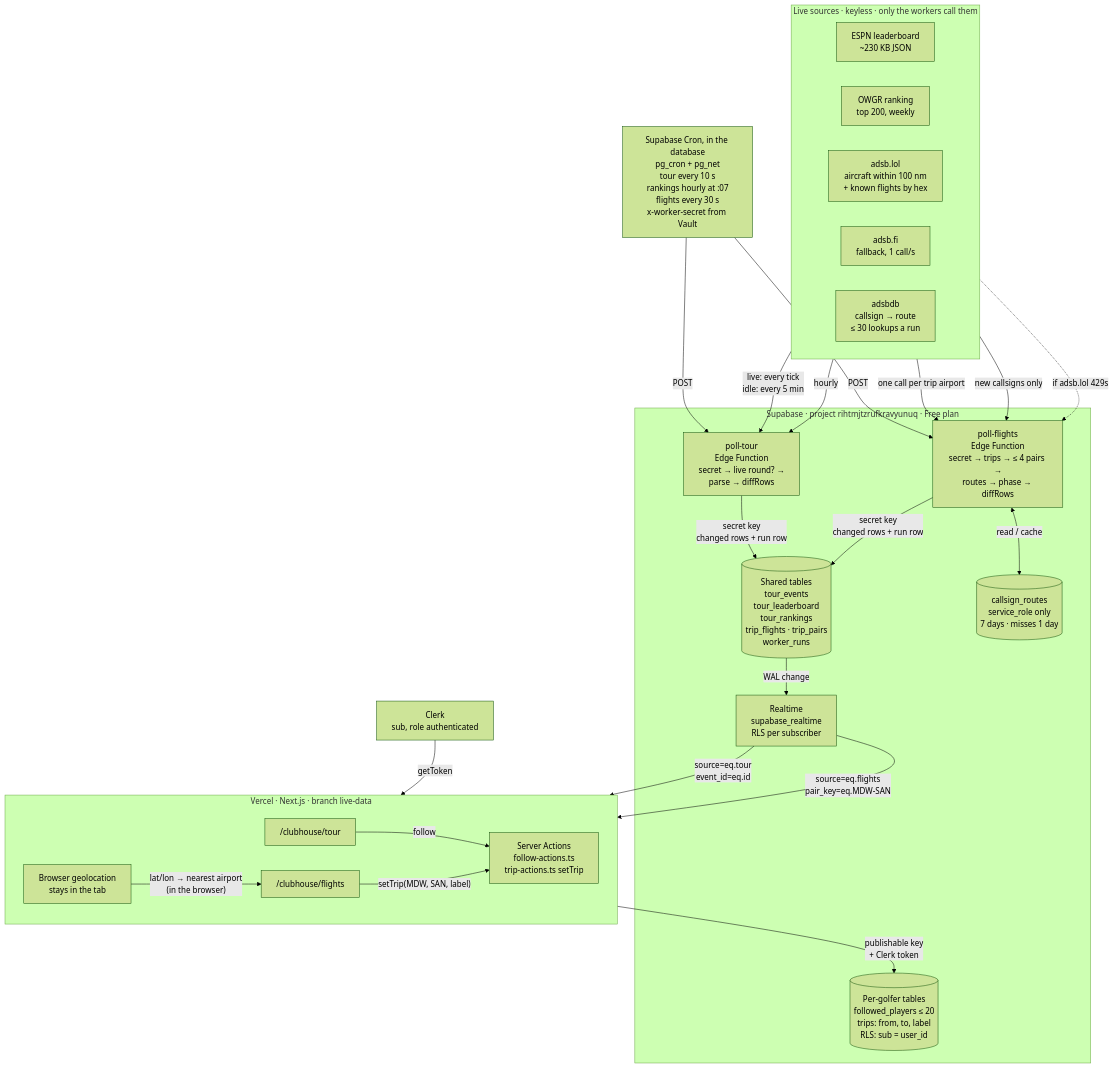
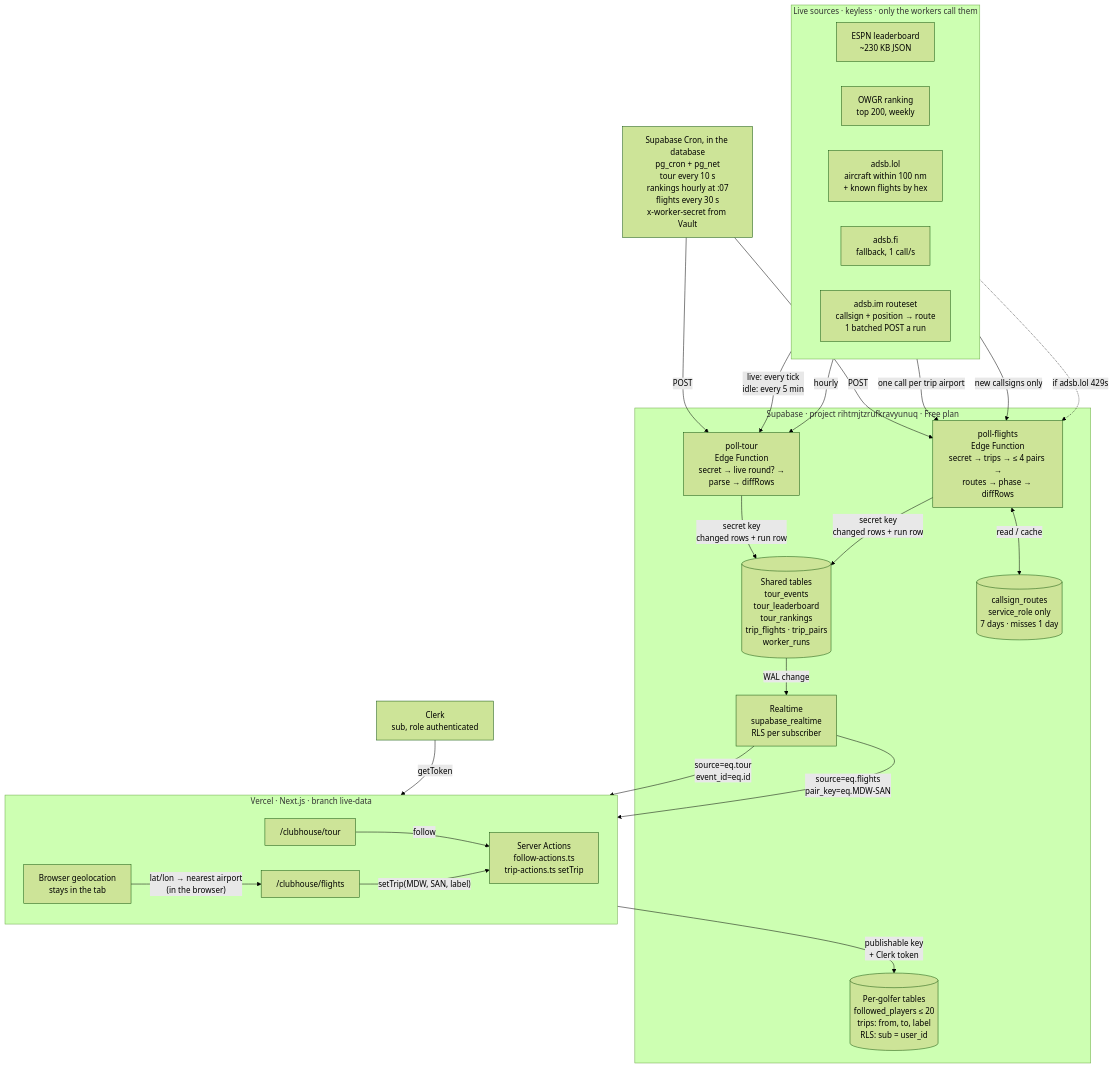
Before and after one commit to hewittw/18-eagles-members: the second of 2 diagrams in docs/data-flow.md, drawn with Mermaid (forest theme). The commit also changed other lines of this file and 4 other files, not shown here.

Commit message:
docs: routes from adsb.im (VRS standing data CC0 + adsb.im additions, ODbL) replace adsbdb: credits, data-flow as built, README sources and tests, talking points, log

````diff
--- a/docs/data-flow.md
+++ b/docs/data-flow.md
@@ -70,47 +70,47 @@
 ```mermaid
 flowchart TB
   subgraph Sources["Live sources · keyless · only the workers call them"]
     direction LR
     ESPN["ESPN leaderboard<br/>~230 KB JSON"]
     OWGR["OWGR ranking<br/>top 200, weekly"]
     LOL["adsb.lol<br/>aircraft within 100 nm<br/>+ known flights by hex"]
     FI["adsb.fi<br/>fallback, 1 call/s"]
-    DBDB["adsbdb<br/>callsign → route<br/>≤ 30 lookups a run"]
+    DBDB["adsb.im routeset<br/>callsign + position → route<br/>1 batched POST a run"]
   end
   CRON["Supabase Cron, in the database<br/>pg_cron + pg_net<br/>tour every 10 s<br/>rankings hourly at :07<br/>flights every 30 s<br/>x-worker-secret from Vault"]
   subgraph Supabase["Supabase · project rihtmjtzrufkravyunuq · Free plan"]
     TOUR["poll-tour<br/>Edge Function<br/>secret → live round? →<br/>parse → diffRows"]
     FLY["poll-flights<br/>Edge Function<br/>secret → trips → ≤ 4 pairs →<br/>routes → phase → diffRows"]
     SHARED[("Shared tables<br/>tour_events<br/>tour_leaderboard<br/>tour_rankings<br/>trip_flights · trip_pairs<br/>worker_runs")]
     CACHE[("callsign_routes<br/>service_role only<br/>7 days · misses 1 day")]
     RT["Realtime<br/>supabase_realtime<br/>RLS per subscriber"]
     MINE[("Per-golfer tables<br/>followed_players ≤ 20<br/>trips: from, to, label<br/>RLS: sub = user_id")]
   end
   subgraph Vercel["Vercel · Next.js · branch live-data"]
     direction LR
     TP["/clubhouse/tour"]
     FP["/clubhouse/flights"]
     SA["Server Actions<br/>follow-actions.ts<br/>trip-actions.ts setTrip"]
     GEO["Browser geolocation<br/>stays in the tab"]
   end
   CLERK["Clerk<br/>sub, role authenticated"]
 
   ESPN -->|"live: every tick<br/>idle: every 5 min"| TOUR
   OWGR -->|hourly| TOUR
   LOL -->|one call per trip airport| FLY
   DBDB -->|new callsigns only| FLY
   FLY <-->|read / cache| CACHE
   FI -.->|"if adsb.lol 429s"| FLY
   CRON -->|POST| TOUR
   CRON -->|POST| FLY
   TOUR -->|"secret key<br/>changed rows + run row"| SHARED
   FLY -->|"secret key<br/>changed rows + run row"| SHARED
   SHARED -->|WAL change| RT
   RT -->|"source=eq.tour<br/>event_id=eq.id"| TP
   RT -->|"source=eq.flights<br/>pair_key=eq.MDW-SAN"| FP
   GEO -->|"lat/lon → nearest airport<br/>(in the browser)"| FP
   TP -->|follow| SA
   FP -->|"setTrip(MDW, SAN, label)"| SA
   CLERK -->|getToken| SA
   SA -->|"publishable key<br/>+ Clerk token"| MINE
 ```
````
